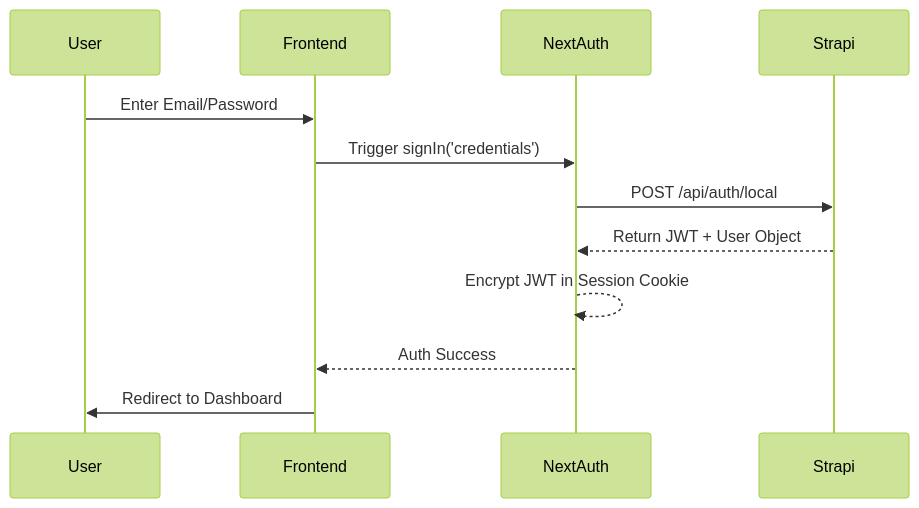
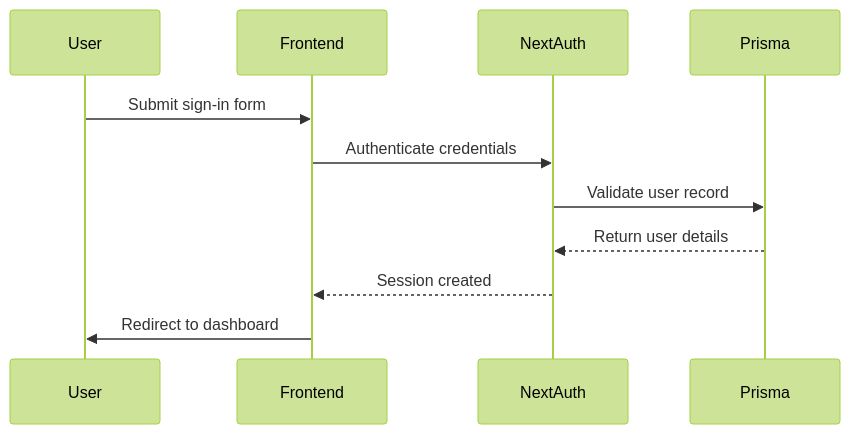
One commit to kingpin147/event-discovery-and-comunity-enagagement-plateform changed the fourth of 4 diagrams in project_flowcharts.md. Above: the diagram before and after it, drawn with Mermaid (forest theme). The commit also changed other lines of this file and 6 other files, not shown here.

Commit message:
Refactor project documentation for unified Next.js application; update README, implementation plan, project instructions, flowcharts, route guide, viva guide, and zero-to-hero guide to reflect current architecture and features.

````diff
--- a/project_flowcharts.md
+++ b/project_flowcharts.md
@@ -86,15 +61,14 @@
 ```mermaid
 sequenceDiagram
     participant User
     participant Frontend
     participant NextAuth
-    participant Strapi
-    
-    User->>Frontend: Enter Email/Password
-    Frontend->>NextAuth: Trigger signIn('credentials')
-    NextAuth->>Strapi: POST /api/auth/local
-    Strapi-->>NextAuth: Return JWT + User Object
-    NextAuth-->>NextAuth: Encrypt JWT in Session Cookie
-    NextAuth-->>Frontend: Auth Success
-    Frontend->>User: Redirect to Dashboard
+    participant Prisma
+
+    User->>Frontend: Submit sign-in form
+    Frontend->>NextAuth: Authenticate credentials
+    NextAuth->>Prisma: Validate user record
+    Prisma-->>NextAuth: Return user details
+    NextAuth-->>Frontend: Session created
+    Frontend->>User: Redirect to dashboard
 ```
````
